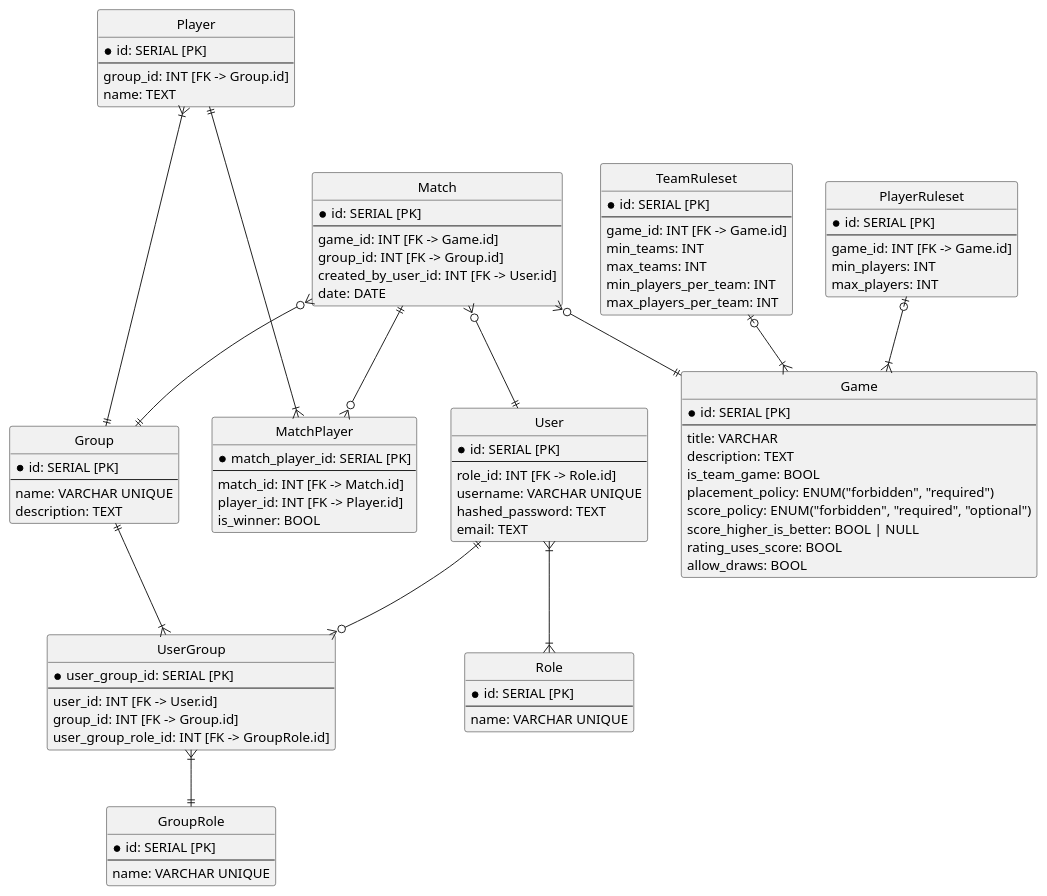
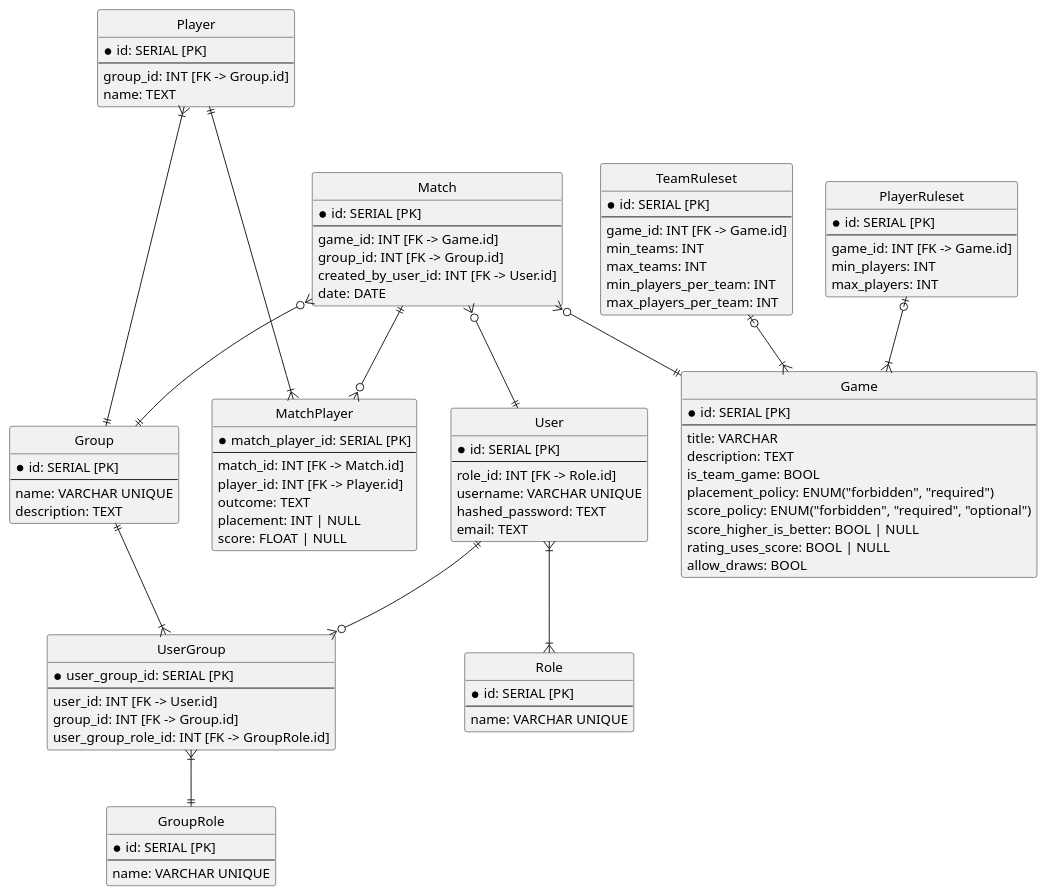
Before and after one commit to Sofassssssss/Board-game-tracking: the diagram in sql_model/er.puml, drawn with PlantUML. The commit also changed 1 other file, not shown here.

Commit message:
add fields to MatchPlayer & fix type of rating_uses_score

```diff
--- a/sql_model/er.puml
+++ b/sql_model/er.puml
@@ -1,110 +1,112 @@
 @startuml
 hide circle
 
 entity Game {
   * id: SERIAL [PK]
   --
   title: VARCHAR
   description: TEXT
   is_team_game: BOOL
   placement_policy: ENUM("forbidden", "required")
   score_policy: ENUM("forbidden", "required", "optional")
   score_higher_is_better: BOOL | NULL
-  rating_uses_score: BOOL
+  rating_uses_score: BOOL | NULL
   allow_draws: BOOL
 }
 
 entity PlayerRuleset {
   * id: SERIAL [PK]
   --
   game_id: INT [FK -> Game.id]
   min_players: INT
   max_players: INT
 }
 
 entity TeamRuleset {
   * id: SERIAL [PK]
   --
   game_id: INT [FK -> Game.id]
   min_teams: INT
   max_teams: INT
   min_players_per_team: INT
   max_players_per_team: INT
 }
 
 entity Match {
   * id: SERIAL [PK]
   --
   game_id: INT [FK -> Game.id]
   group_id: INT [FK -> Group.id]
   created_by_user_id: INT [FK -> User.id]
   date: DATE
 }
 
 entity Group {
   * id: SERIAL [PK]
   --
   name: VARCHAR UNIQUE
   description: TEXT
 }
 
 entity User {
   * id: SERIAL [PK]
   --
   role_id: INT [FK -> Role.id]
   username: VARCHAR UNIQUE
   hashed_password: TEXT
   email: TEXT
 }
 
 entity UserGroup{
     * user_group_id: SERIAL [PK]
     --
     user_id: INT [FK -> User.id]
     group_id: INT [FK -> Group.id]
     user_group_role_id: INT [FK -> GroupRole.id]
 }
 
 entity MatchPlayer{
     * match_player_id: SERIAL [PK]
     --
     match_id: INT [FK -> Match.id]
     player_id: INT [FK -> Player.id]
-    is_winner: BOOL
+    outcome: TEXT
+    placement: INT | NULL
+    score: FLOAT | NULL
 }
 
 entity Player {
   * id: SERIAL [PK]
   --
   group_id: INT [FK -> Group.id]
   name: TEXT
 }
 
 entity Role {
   * id: SERIAL [PK]
   --
   name: VARCHAR UNIQUE
 }
 
 entity GroupRole {
   * id: SERIAL [PK]
   --
   name: VARCHAR UNIQUE
 }
 
 
 Match }o--|| Game
 Match }o--|| Group
 Match }o--|| User
 Match ||-o{ MatchPlayer
 Player }|---|| Group
 Player ||---|{ MatchPlayer
 User }|--|{ Role
 User ||--o{ UserGroup
 Group ||--|{ UserGroup
 UserGroup }|--|| GroupRole
 PlayerRuleset |o--|{ Game
 TeamRuleset |o--|{ Game
 
 
 @enduml
```
